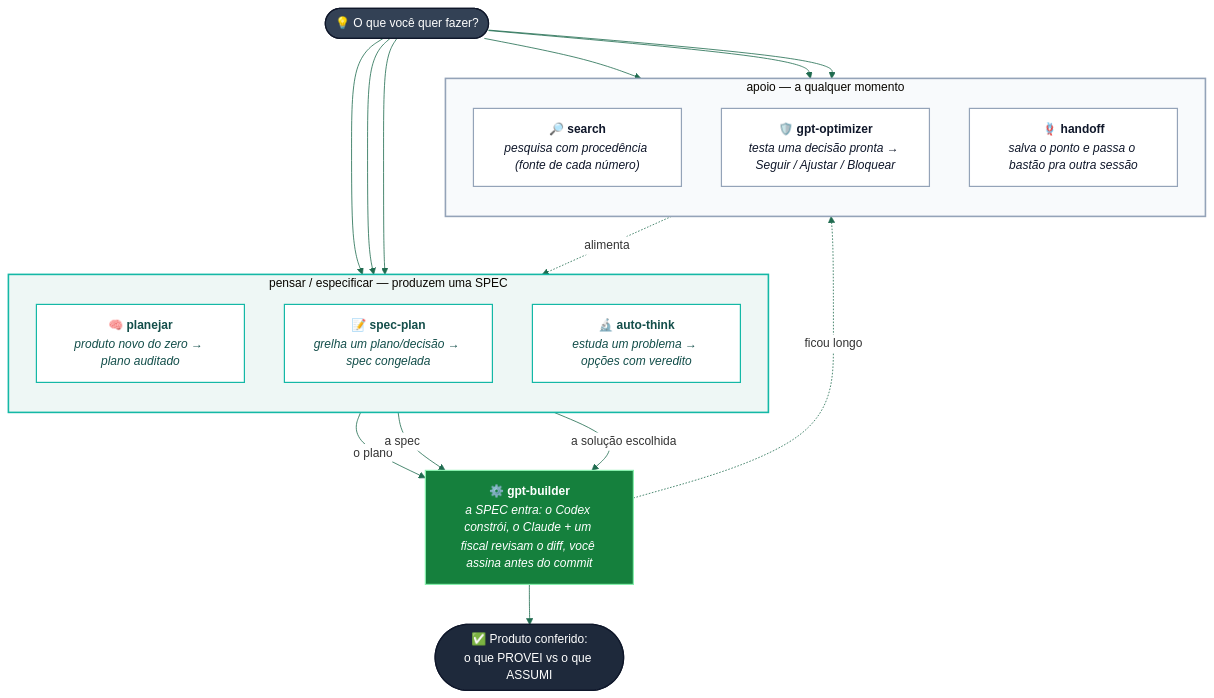
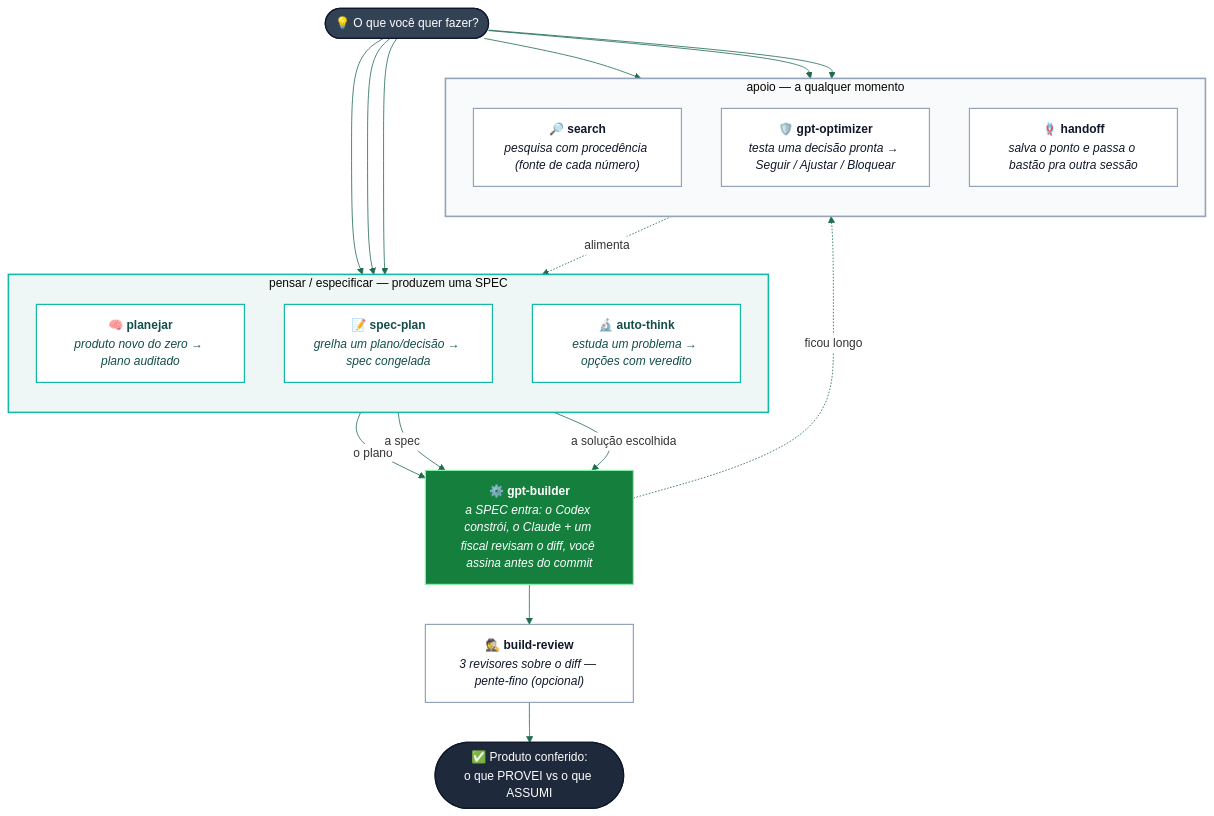
The diagram in README.md (cassianodiniz/Titan), drawn with Mermaid before and after one commit. The commit also changed other lines of this file and 11 other files, not shown here.

First line of the commit message:
feat(titan): v2.1.0 — adiciona build-review e liga o fluxo spec-plan → gpt-builder → build-review

````diff
--- a/README.md
+++ b/README.md
@@ -89,48 +90,49 @@
 ```mermaid
 %%{init: {'theme':'base', 'themeVariables': {
   'fontSize':'15px',
   'fontFamily':'Helvetica, Arial, sans-serif',
   'lineColor':'#1f6b4f',
   'edgeLabelBackground':'#ffffff'
 }}}%%
 flowchart TD
     START(["💡 O que você quer fazer?"])
 
     subgraph PENSAR["pensar / especificar — produzem uma SPEC"]
         direction TB
         P["<b>🧠 planejar</b><br/><i>produto novo do zero → plano auditado</i>"]
         SP["<b>📝 spec-plan</b><br/><i>grelha um plano/decisão → spec congelada</i>"]
         AT["<b>🔬 auto-think</b><br/><i>estuda um problema → opções com veredito</i>"]
     end
 
     GB["<b>⚙️ gpt-builder</b><br/><i>a SPEC entra: o Codex constrói, o Claude + um fiscal revisam o diff, você assina antes do commit</i>"]
 
     subgraph APOIO["apoio — a qualquer momento"]
         direction TB
         SE["<b>🔎 search</b><br/><i>pesquisa com procedência (fonte de cada número)</i>"]
         GO["<b>🛡️ gpt-optimizer</b><br/><i>testa uma decisão pronta → Seguir / Ajustar / Bloquear</i>"]
         HO["<b>🪢 handoff</b><br/><i>salva o ponto e passa o bastão pra outra sessão</i>"]
     end
 
     START --> P & SP & AT
     START --> SE & GO & HO
     P -->|"o plano"| GB
     SP -->|"a spec"| GB
     AT -->|"a solução escolhida"| GB
-    GB --> DONE(["✅ Produto conferido:<br/>o que PROVEI vs o que ASSUMI"])
+    GB --> BR["<b>🕵️ build-review</b><br/><i>3 revisores sobre o diff — pente-fino (opcional)</i>"]
+    BR --> DONE(["✅ Produto conferido:<br/>o que PROVEI vs o que ASSUMI"])
     GB -. "ficou longo" .-> HO
     SE -. "alimenta" .-> PENSAR
 
     classDef think fill:#ffffff,color:#134e4a,stroke:#14b8a6,stroke-width:1.5px;
     classDef build fill:#15803d,color:#ffffff,stroke:#86efac,stroke-width:1.5px;
     classDef help fill:#ffffff,color:#0f172a,stroke:#94a3b8,stroke-width:1.5px;
     classDef start fill:#334155,color:#ffffff,stroke:#0f172a,stroke-width:1.5px;
     classDef fim fill:#1e293b,color:#ffffff,stroke:#0f172a,stroke-width:1.5px;
     class P,SP,AT think;
     class GB build;
-    class SE,GO,HO help;
+    class SE,GO,HO,BR help;
     class START start;
     class DONE fim;
     style PENSAR fill:#eef7f5,stroke:#14b8a6,stroke-width:2px;
     style APOIO fill:#f8fafc,stroke:#94a3b8,stroke-width:2px;
 ```
````
